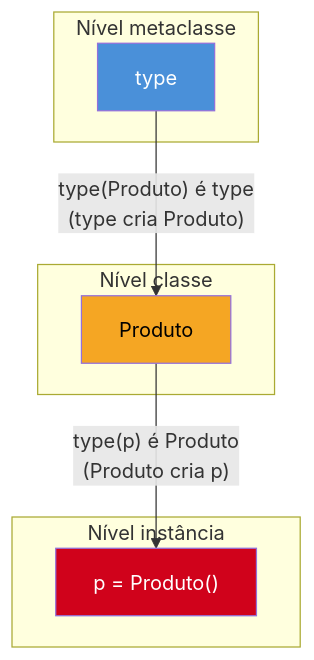
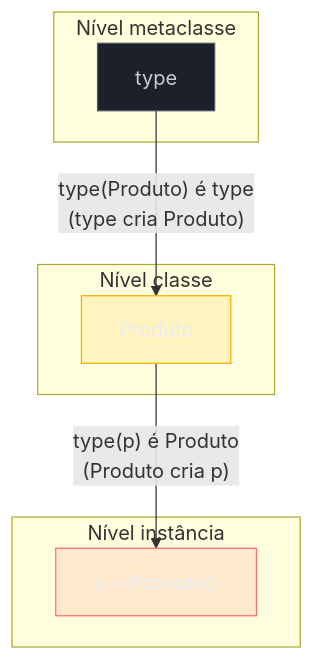
Before and after one commit to josenaldo/codex-technomanticus: the first of 2 diagrams in 03-Dominios/Tecnologia/Python/OO e Data Model/08 - Metaclasses — introdução.md, drawn with Mermaid. The commit also changed other lines of this file and 1181 other files, not shown here.

First line of the commit message:
fix(diagramas): paleta do sistema no lugar de cor cravada no markdown

````diff
--- a/03-Dominios/Tecnologia/Python/OO e Data Model/08 - Metaclasses — introdução.md
+++ b/03-Dominios/Tecnologia/Python/OO e Data Model/08 - Metaclasses — introdução.md
@@ -70,19 +70,22 @@
 ```mermaid
 flowchart TB
+    classDef neutro fill:#1B2029,stroke:#4E5666,color:#C6CCD8
+    classDef destaque fill:#FFAA0024,stroke:#FFAA00,color:#E9ECF2
+    classDef falha fill:#FF6B6B24,stroke:#FF6B6B,color:#E9ECF2
     subgraph N1["Nível metaclasse"]
         T["type"]
     end
     subgraph N2["Nível classe"]
         P["Produto"]
     end
     subgraph N3["Nível instância"]
         I["p = Produto()"]
     end
 
     T -- "type(Produto) é type\n(type cria Produto)" --> P
     P -- "type(p) é Produto\n(Produto cria p)" --> I
 
-    style T fill:#4A90D9,color:#fff
-    style P fill:#F5A623,color:#000
-    style I fill:#D0021B,color:#fff
+    class T neutro
+    class P destaque
+    class I falha
 ```
````
